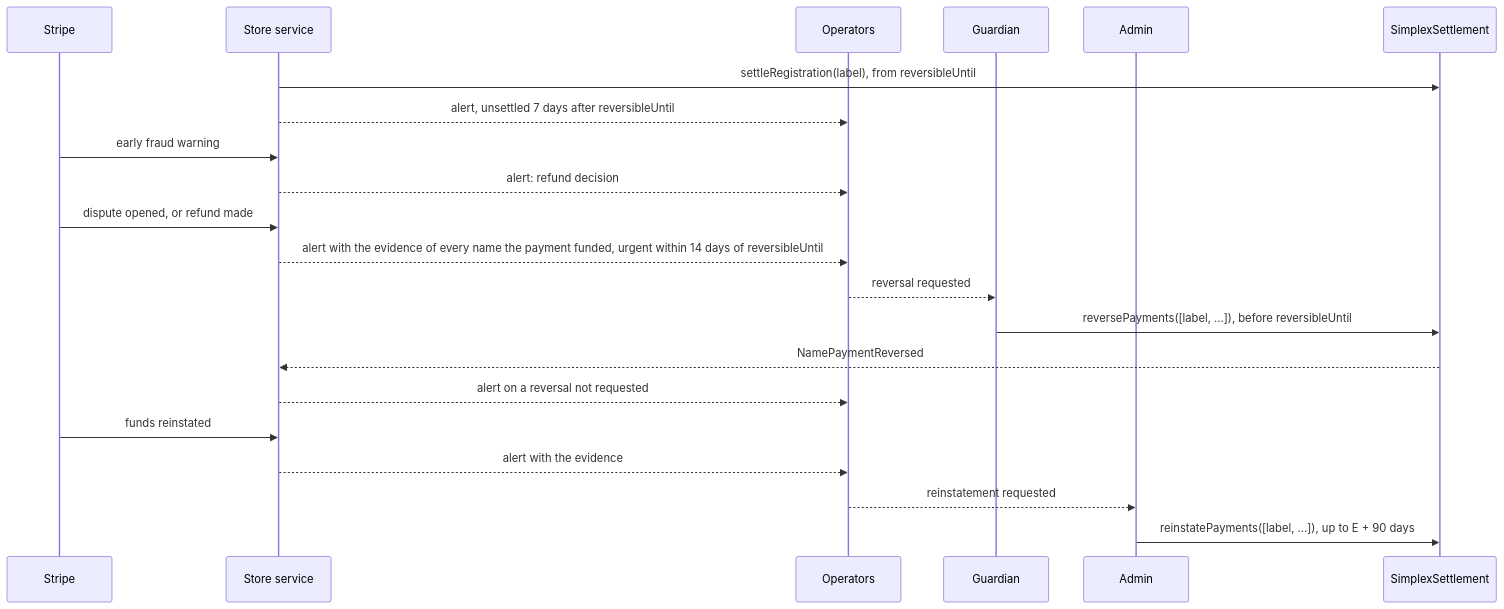
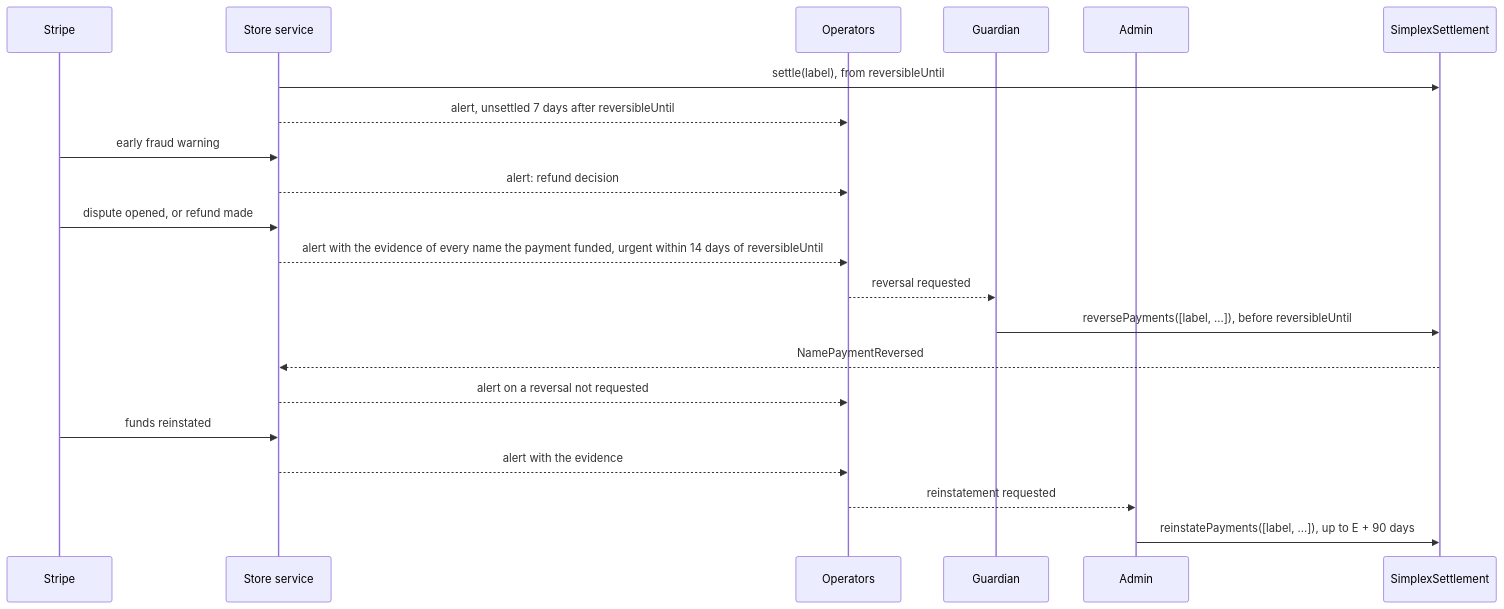
One commit to brenzi-agent/simplex-namespace-contract changed the eighth of 8 diagrams in docs/plans/payment-reversal.md. Above: the diagram before and after it, drawn with Mermaid. The commit also changed other lines of this file, not shown here.

Commit message:
docs: reversible renewals and the owner's answers in the payment reversal plan

````diff
--- a/docs/plans/payment-reversal.md
+++ b/docs/plans/payment-reversal.md
@@ -408,23 +495,23 @@
 ```mermaid
 sequenceDiagram
   participant V as Stripe
   participant S as Store service
   participant O as Operators
   participant G as Guardian
   participant A as Admin
   participant St as SimplexSettlement
-  S->>St: settleRegistration(label), from reversibleUntil
+  S->>St: settle(label), from reversibleUntil
   S-->>O: alert, unsettled 7 days after reversibleUntil
   V->>S: early fraud warning
   S-->>O: alert: refund decision
   V->>S: dispute opened, or refund made
   S-->>O: alert with the evidence of every name the payment funded, urgent within 14 days of reversibleUntil
   O-->>G: reversal requested
   G->>St: reversePayments([label, ...]), before reversibleUntil
   St-->>S: NamePaymentReversed
   S-->>O: alert on a reversal not requested
   V->>S: funds reinstated
   S-->>O: alert with the evidence
   O-->>A: reinstatement requested
   A->>St: reinstatePayments([label, ...]), up to E + 90 days
 ```
````
